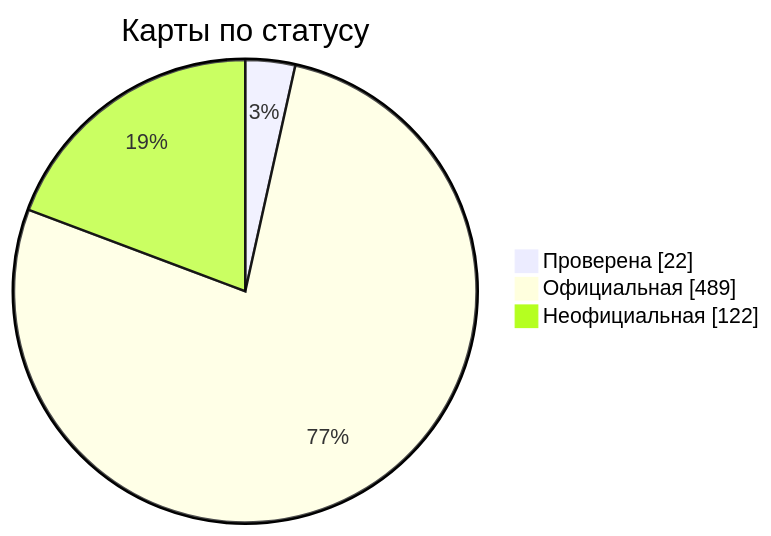
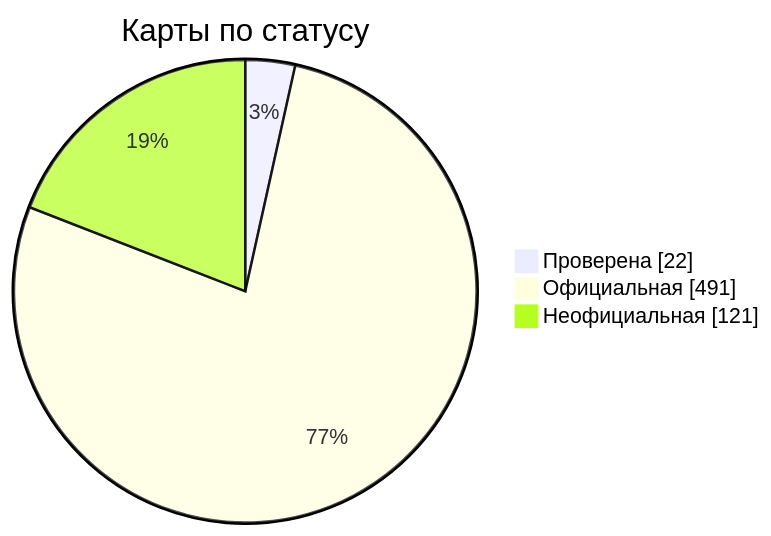
Before and after one commit to nobrega8/mbmap-library: the diagram in docs/readme/README_RU.md, drawn with Mermaid. The commit also changed 7 other files, not shown here.

````diff
--- a/docs/readme/README_RU.md
+++ b/docs/readme/README_RU.md
@@ -54,7 +54,7 @@
 ```mermaid
 pie showData
     title Карты по статусу
     "Проверена" : 22
-    "Официальная" : 489
-    "Неофициальная" : 122
+    "Официальная" : 491
+    "Неофициальная" : 121
 ```
````
